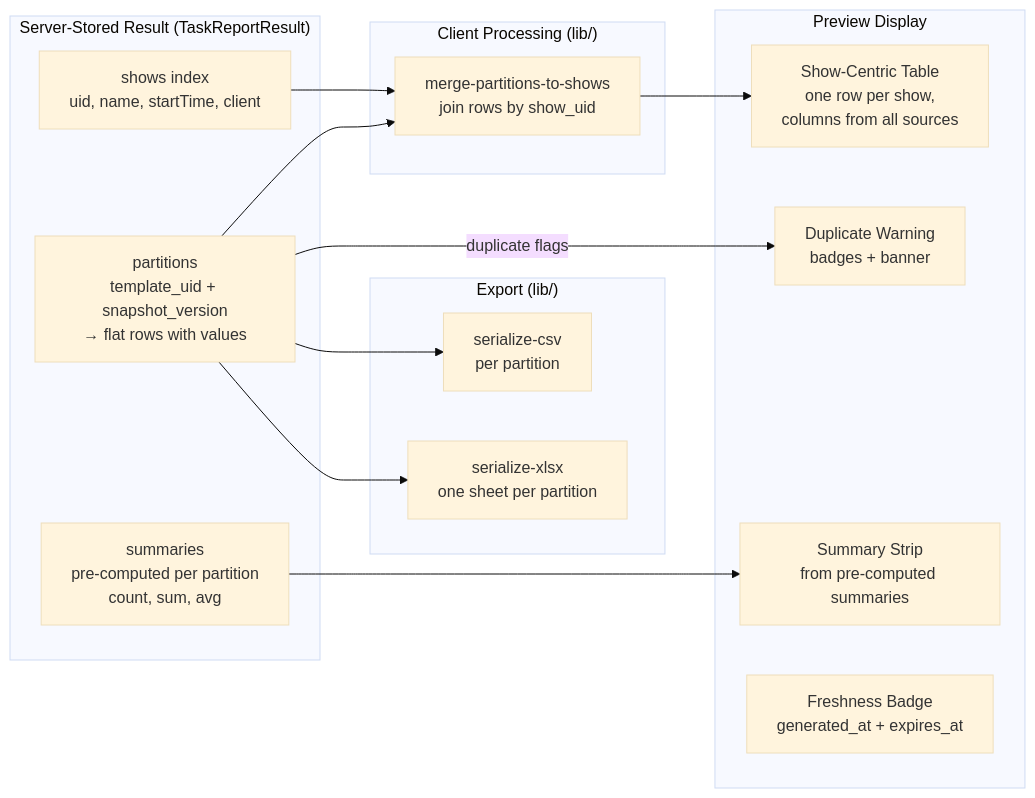
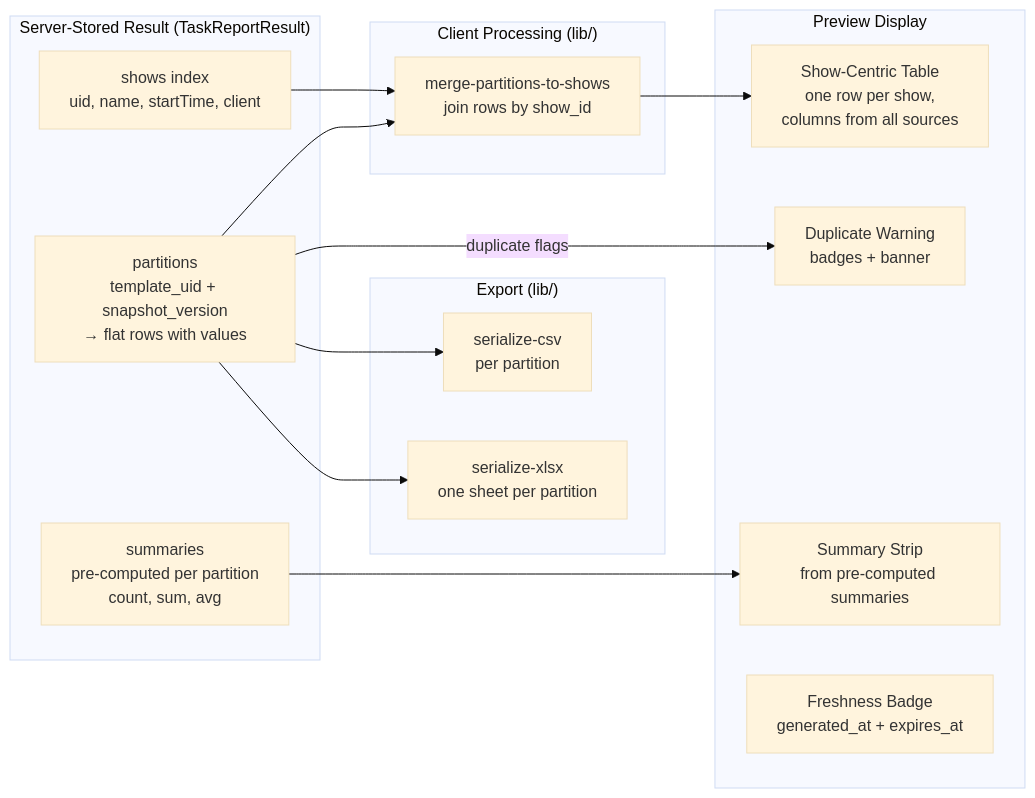
Before and after one commit to allenlin90/eridu-services: the third of 3 diagrams in apps/erify_studios/docs/design/TASK_SUBMISSION_REPORTING_DESIGN.md, drawn with Mermaid (base theme). The commit also changed other lines of this file and 16 other files, not shown here.

````diff
--- a/apps/erify_studios/docs/design/TASK_SUBMISSION_REPORTING_DESIGN.md
+++ b/apps/erify_studios/docs/design/TASK_SUBMISSION_REPORTING_DESIGN.md
@@ -317,32 +319,32 @@
 ```mermaid
 graph LR
     subgraph "Server-Stored Result (TaskReportResult)"
         SHOWS[shows index<br/>uid, name, startTime, client]
         PARTS[partitions<br/>template_uid + snapshot_version<br/>→ flat rows with values]
         SUMS[summaries<br/>pre-computed per partition<br/>count, sum, avg]
     end
 
     subgraph "Client Processing (lib/)"
-        MERGE[merge-partitions-to-shows<br/>join rows by show_uid]
+        MERGE[merge-partitions-to-shows<br/>join rows by show_id]
     end
 
     subgraph "Preview Display"
         TABLE[Show-Centric Table<br/>one row per show,<br/>columns from all sources]
         FOOTER[Summary Strip<br/>from pre-computed summaries]
         WARN[Duplicate Warning<br/>badges + banner]
         FRESH[Freshness Badge<br/>generated_at + expires_at]
     end
 
     subgraph "Export (lib/)"
         CSV_S[serialize-csv<br/>per partition]
         XLSX_S[serialize-xlsx<br/>one sheet per partition]
     end
 
     SHOWS --> MERGE
     PARTS --> MERGE
     MERGE --> TABLE
     SUMS --> FOOTER
     PARTS -->|duplicate flags| WARN
     PARTS --> CSV_S
     PARTS --> XLSX_S
 ```
````
